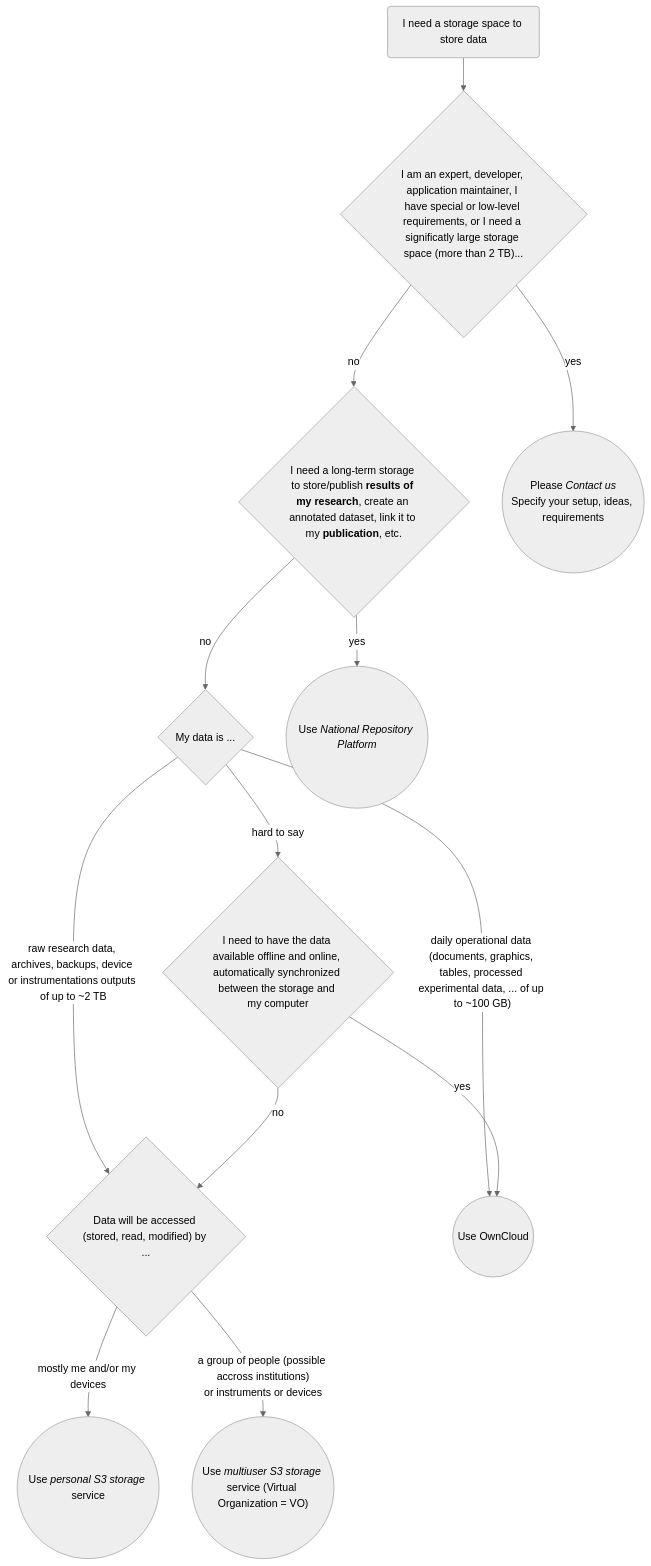
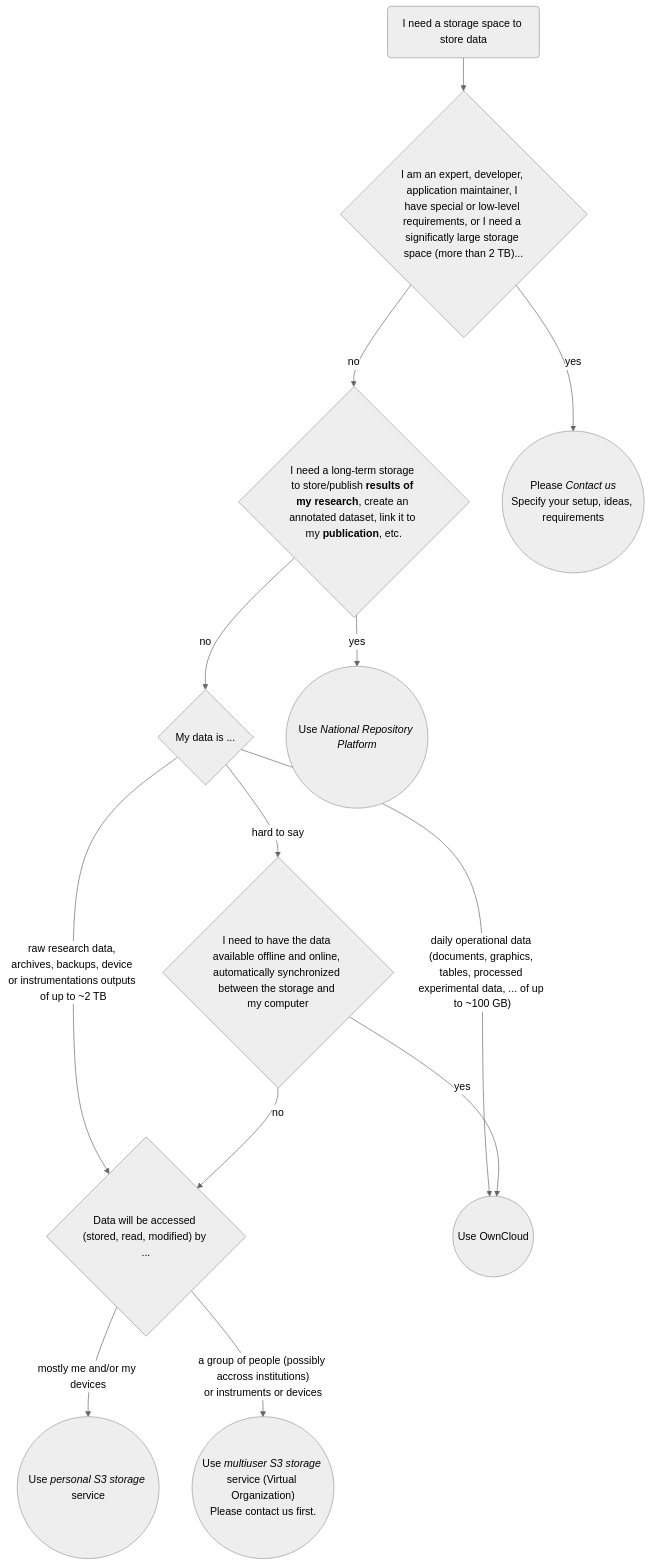
The diagram in content/docs/fast-track/fast-track.mdx (CESNET/du-docs), drawn with Mermaid (neutral theme) before and after one commit. The commit also changed other lines of this file, not shown here.

````diff
--- a/content/docs/fast-track/fast-track.mdx
+++ b/content/docs/fast-track/fast-track.mdx
@@ -11,52 +11,53 @@
 ```mermaid
 flowchart TB
 %%    A{("`Start`")
     A("`I need a storage space to store data`")
 %%    B{"`I need a storage space to store data`"}
 %%    C["`Think again`"]
     D{"`I need a long-term storage to store/publish **results of my research**, create an annotated dataset, link it to my **publication**, etc.`"}
     M{"`My data is ...`"}
     E(("`Use *National Repository Platform*`"))
     F{"`I am an expert, developer, application maintainer, I have special or low-level requirements, or I need a significatly large storage space (more than 2 TB)...`"}
 %%    G{"`I need your help or assistance`"}
 %%    H{"`I have studied *S3 use cases* and/or *RBD use cases* and I know what I need`"}
 %%    I{"`I have special needs that are worth spending time on solving various technical difficulties`"}
     J(("`Please *Contact us*<br/>Specify your setup, ideas, requirements`"))
 %%    K(("`*Great!* Just go ahead!`"))
 %%    L["`Let's try easy options firts, it may save you a lot of time`"]
     N{"`I need to have the data available offline and online, automatically synchronized between the storage and my computer`"}
 %%    O{"`I may need to share some of the data with a couple of colleagues here or there`"}
     P{"`Data will be accessed (stored, read, modified) by ...`"}
     Q(("`Use OwnCloud`"))
 %%    R(("`Well...`"))
     S(("`Use *personal S3 storage* service`"))
-    T(("`Use *multiuser S3 storage* service (Virtual Organization = VO)`"))
+    T(("`Use *multiuser S3 storage* service (Virtual Organization)<br/>Please contact us first.`"))
 
     click E "https://docs.nrp.eosc.cz/" "NRP"
 %%    click G "../introduction/support" "Support Page"
 %%    click H "../object-storage-s3/s3-use-cases" "S4 Use Cases"
     click J "../introduction/support" "Support Page"
     click Q "../fast-track#owncloud" "Fast-track Instructions Owncloud"
+%%    click R "https://www.storelocal.com/blogs/the-philosophy-of-storing-10-storage-features-to-enlighten-your-load/" "To Be Or Not To Be"
     click S "../fast-track#personal-s3" "Fast-track Instructions S3 Personal"
-%%    click R "https://www.storelocal.com/blogs/the-philosophy-of-storing-10-storage-features-to-enlighten-your-load/" "To Be Or Not To Be"
+    click T "../introduction/support" "Support Page"
 
 %%    A --> B
       A --> F
       F -->|yes| J
       F -->|no| D
 %%    B -->|no| C
 %%    C --> B
 %%    B -->|yes| D
     D -->|yes| E
     D -->|no| M
     M -->|"daily operational data (documents, graphics, tables, processed experimental data, ... of up to ~100 GB)"| Q
     M -->|raw research data, archives, backups, device or instrumentations outputs of up to ~2 TB| P
     M -->|hard to say| N
 %%   N -->|I do not care| O
     N -->|yes| Q
     N -->|no| P
 %%    O -->|perhaps| Q
 %%    O -->|I do not know| R
     P -->|mostly me and/or my devices| S
-    P -->|"`a group of people (possible accross institutions)<br/>or instruments or devices`"| T
+    P -->|"`a group of people (possibly accross institutions)<br/>or instruments or devices`"| T
 ```
````
